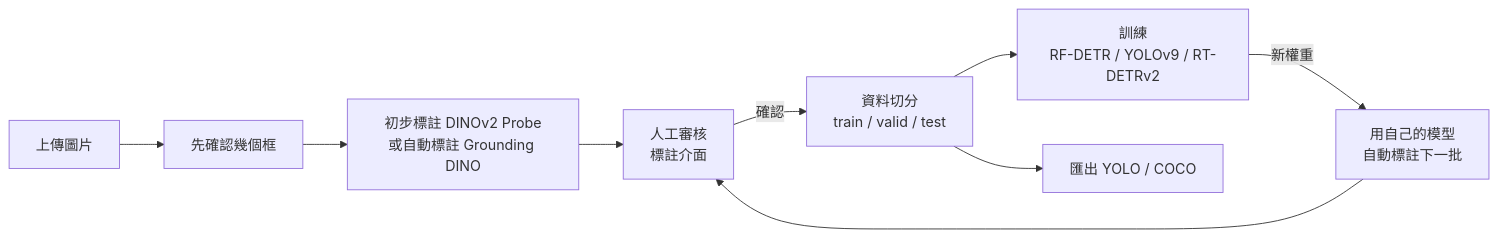
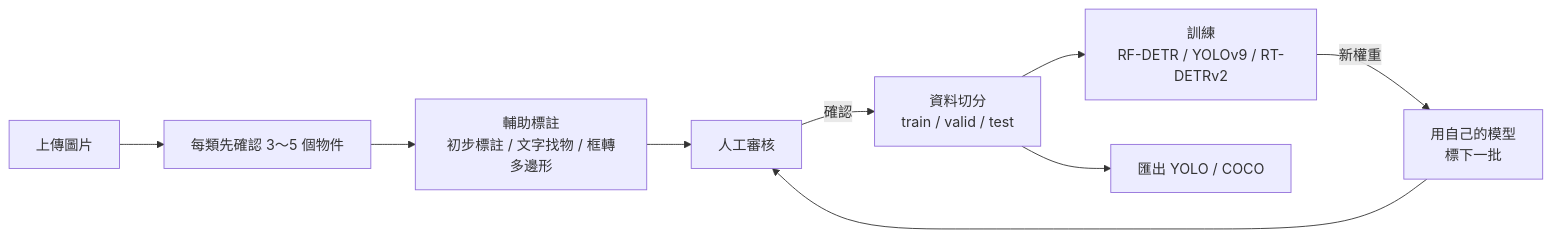
One commit to chuan92329/visionloop changed the diagram in README.md. Above: the diagram before and after it, drawn with Mermaid. The commit also changed other lines of this file and 6 other files, not shown here.

````diff
--- a/README.md
+++ b/README.md
@@ -9,11 +9,11 @@
 ```mermaid
 flowchart LR
-    A[上傳圖片] --> S[先確認幾個框]
-    S --> B[初步標註 DINOv2 Probe<br/>或自動標註 Grounding DINO]
-    B --> C[人工審核<br/>標註介面]
+    A[上傳圖片] --> S[每類先確認 3～5 個物件]
+    S --> B[輔助標註<br/>初步標註 / 文字找物 / 框轉多邊形]
+    B --> C[人工審核]
     C -->|確認| D[資料切分<br/>train / valid / test]
     D --> E[訓練<br/>RF-DETR / YOLOv9 / RT-DETRv2]
-    E -->|新權重| B2[用自己的模型<br/>自動標註下一批]
+    E -->|新權重| B2[用自己的模型<br/>標下一批]
     B2 --> C
     D --> F[匯出 YOLO / COCO]
 ```
````
